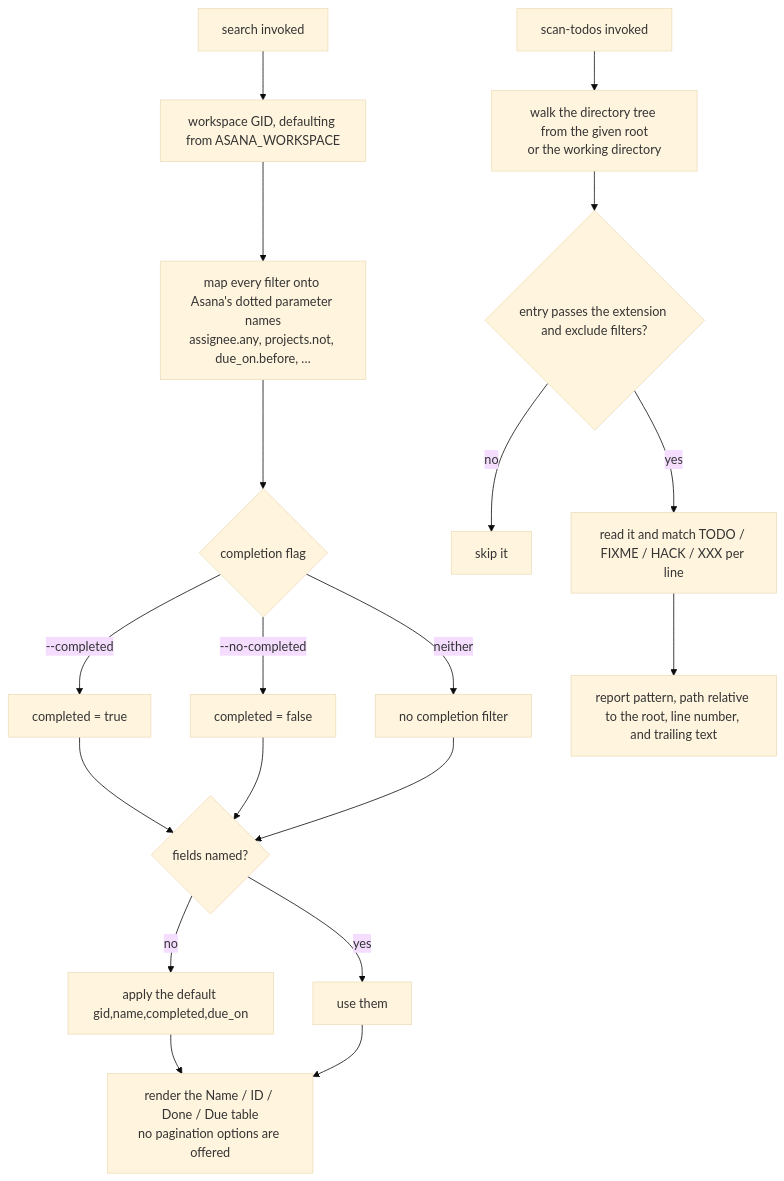
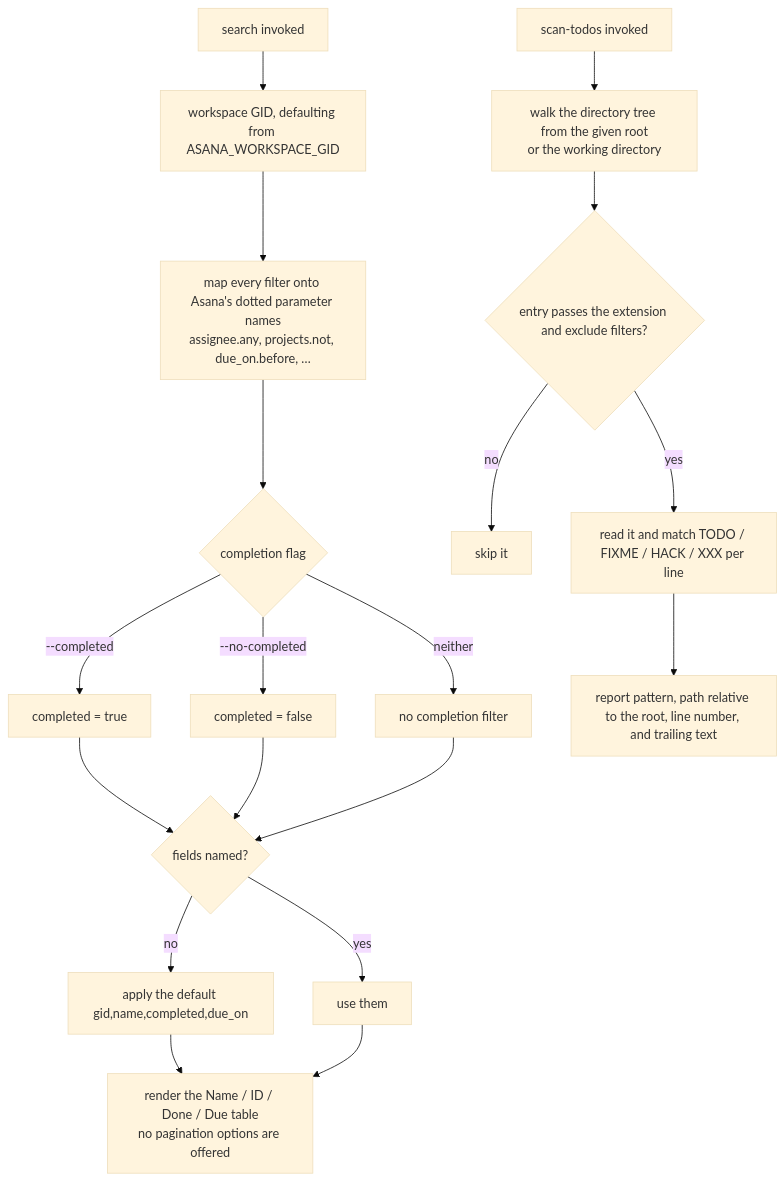
One commit to cyberuni/cyber-asana changed the fifth of 5 diagrams in packages/cyber-asana/.agents/spec/tasks/README.md. Above: the diagram before and after it, drawn with Mermaid (base theme). The commit also changed other lines of this file and 94 other files, not shown here.

First line of the commit message:
feat!: remove the deprecated ASANA_TOKEN and ASANA_WORKSPACE env vars

````diff
--- a/packages/cyber-asana/.agents/spec/tasks/README.md
+++ b/packages/cyber-asana/.agents/spec/tasks/README.md
@@ -357,22 +357,22 @@
 ```mermaid
 graph TD
-  S[search invoked] --> SW[workspace GID, defaulting from ASANA_WORKSPACE]
+  S[search invoked] --> SW[workspace GID, defaulting from ASANA_WORKSPACE_GID]
   SW --> SF[map every filter onto Asana's dotted parameter names<br/>assignee.any, projects.not, due_on.before, …]
   SF --> SC{completion flag}
   SC -->|--completed| SCT[completed = true]
   SC -->|--no-completed| SCF[completed = false]
   SC -->|neither| SCN[no completion filter]
   SCT --> SD{fields named?}
   SCF --> SD
   SCN --> SD
   SD -->|no| SDD[apply the default gid,name,completed,due_on]
   SD -->|yes| SDN[use them]
   SDD --> SR[render the Name / ID / Done / Due table<br/>no pagination options are offered]
   SDN --> SR
 
   T[scan-todos invoked] --> TR[walk the directory tree from the given root<br/>or the working directory]
   TR --> TX{entry passes the extension and exclude filters?}
   TX -->|no| TXS[skip it]
   TX -->|yes| TXY[read it and match TODO / FIXME / HACK / XXX per line]
   TXY --> TO[report pattern, path relative to the root, line number, and trailing text]
 ```
````
